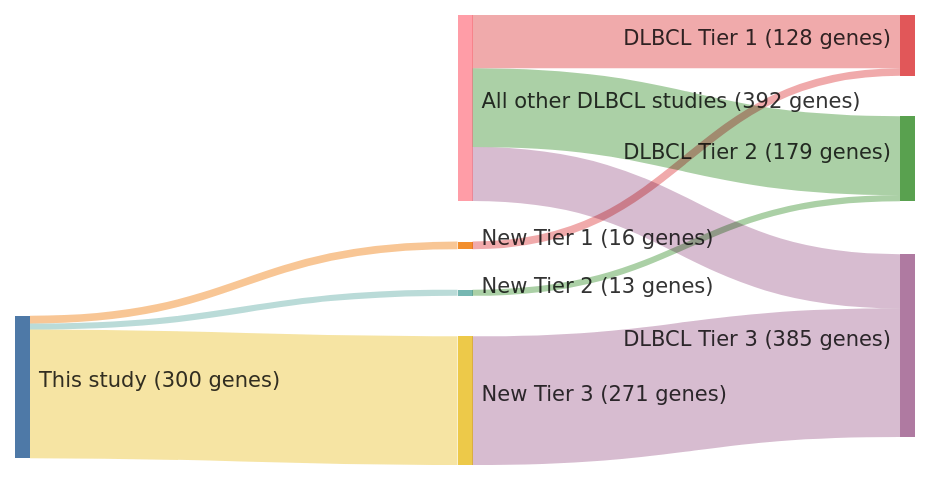
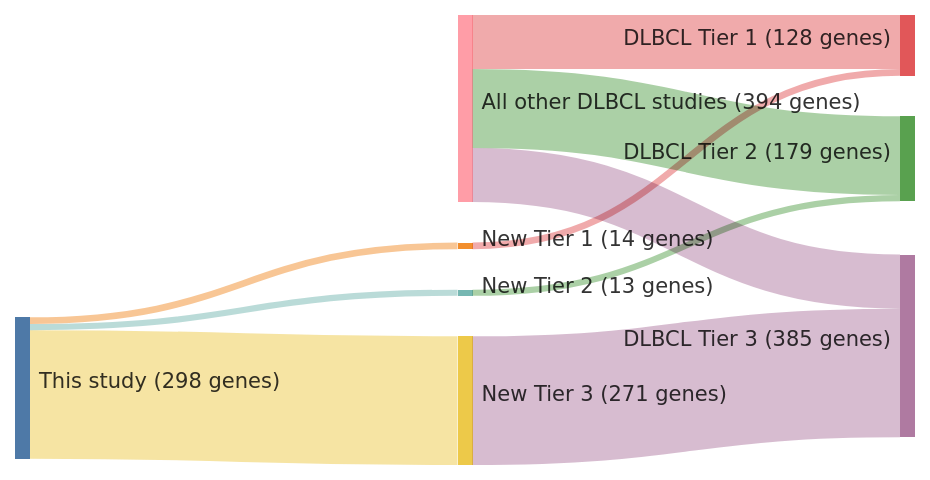
The diagram in papers/zhangGeneticHeterogeneityDiffuse2013.md (morinlab/lymphopedia), drawn with Mermaid before and after one commit. The commit also changed other lines of this file and 1 other file, not shown here.

````diff
--- a/papers/zhangGeneticHeterogeneityDiffuse2013.md
+++ b/papers/zhangGeneticHeterogeneityDiffuse2013.md
@@ -12,23 +12,23 @@
 ```mermaid
 ---
 config:
     sankey:
         showValues: true
         linkColor: target
         width: 600
         height: 300
         nodeAlignment: right
         prefix: '('
         suffix: ' genes)'
 ---
 sankey-beta
-This study, New Tier 1, 16
-New Tier 1, DLBCL Tier 1, 16
+This study, New Tier 1, 14
+New Tier 1, DLBCL Tier 1, 14
 This study, New Tier 2, 13
 New Tier 2, DLBCL Tier 2, 13
 This study, New Tier 3, 271
 New Tier 3, DLBCL Tier 3, 271
-All other DLBCL studies, DLBCL Tier 1, 112
+All other DLBCL studies, DLBCL Tier 1, 114
 All other DLBCL studies, DLBCL Tier 2, 166
 All other DLBCL studies, DLBCL Tier 3, 114
 ```
````
